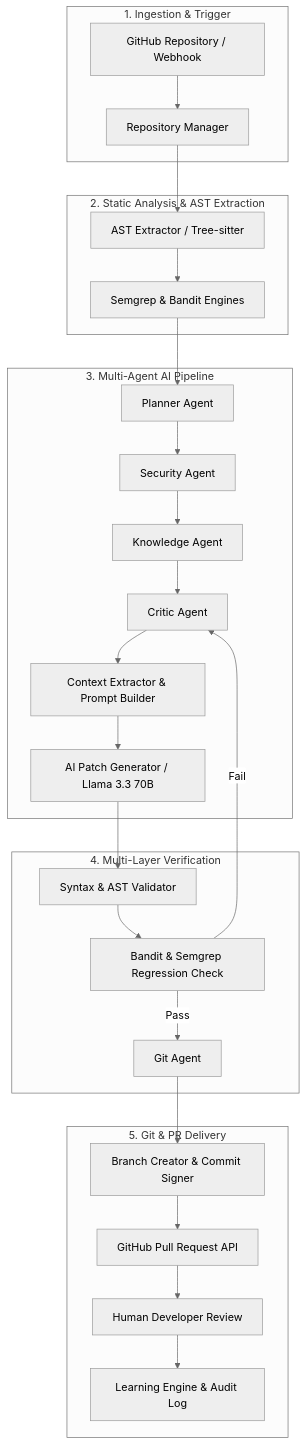
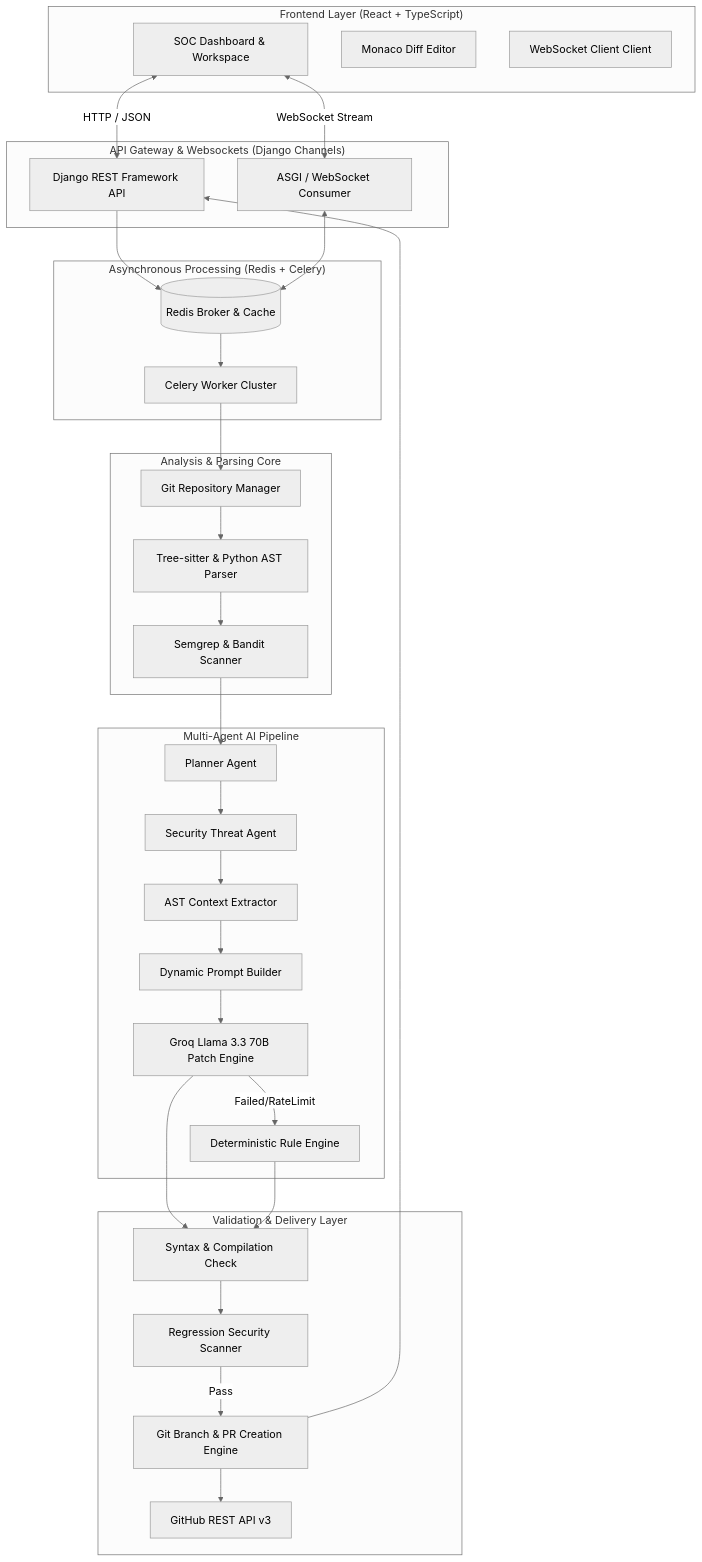
One commit to Pranav1718747/SecureCodeAI changed the diagram in README.md. Above: the diagram before and after it, drawn with Mermaid (neutral theme). The commit also changed other lines of this file, not shown here.

Commit message:
docs: overhaul README with expanded executive summary, updated project architecture, and enhanced feature documentation

````diff
--- a/README.md
+++ b/README.md
@@ -126,34 +120,64 @@
 ```mermaid
 flowchart TD
-    subgraph Ingestion ["1. Ingestion & Trigger"]
-        A[GitHub Repository / Webhook] --> B[Repository Manager]
+    subgraph Client ["Frontend Layer (React + TypeScript)"]
+        UI[SOC Dashboard & Workspace]
+        Monaco[Monaco Diff Editor]
+        WS_Client[WebSocket Client Client]
     end
 
-    subgraph Analysis ["2. Static Analysis & AST Extraction"]
-        B --> C[AST Extractor / Tree-sitter]
-        C --> D[Semgrep & Bandit Engines]
+    subgraph Gateway ["API Gateway & Websockets (Django Channels)"]
+        REST[Django REST Framework API]
+        ASGI[ASGI / WebSocket Consumer]
     end
 
-    subgraph Agents ["3. Multi-Agent AI Pipeline"]
-        D --> E[Planner Agent]
-        E --> F[Security Agent]
-        F --> G[Knowledge Agent]
-        G --> H[Critic Agent]
-        H --> I[Context Extractor & Prompt Builder]
-        I --> J[AI Patch Generator / Llama 3.3 70B]
+    subgraph TaskQueue ["Asynchronous Processing (Redis + Celery)"]
+        Redis[(Redis Broker & Cache)]
+        Celery[Celery Worker Cluster]
     end
 
-    subgraph Validation ["4. Multi-Layer Verification"]
-        J --> K[Syntax & AST Validator]
-        K --> L[Bandit & Semgrep Regression Check]
-        L -->|Pass| M[Git Agent]
-        L -->|Fail| H
+    subgraph Engines ["Analysis & Parsing Core"]
+        RepoMgr[Git Repository Manager]
+        AST[Tree-sitter & Python AST Parser]
+        SAST[Semgrep & Bandit Scanner]
     end
 
-    subgraph Integration ["5. Git & PR Delivery"]
-        M --> N[Branch Creator & Commit Signer]
-        N --> O[GitHub Pull Request API]
-        O --> P[Human Developer Review]
-        P --> Q[Learning Engine & Audit Log]
+    subgraph Agents ["Multi-Agent AI Pipeline"]
+        Planner[Planner Agent]
+        SecAgent[Security Threat Agent]
+        ContextBuilder[AST Context Extractor]
+        PromptEngine[Dynamic Prompt Builder]
+        PatchGen[Groq Llama 3.3 70B Patch Engine]
+        FallbackEngine[Deterministic Rule Engine]
     end
+
+    subgraph Verification ["Validation & Delivery Layer"]
+        SyntaxVal[Syntax & Compilation Check]
+        RegCheck[Regression Security Scanner]
+        GitAgent[Git Branch & PR Creation Engine]
+        GitHubAPI[GitHub REST API v3]
+    end
+
+    UI <-->|HTTP / JSON| REST
+    UI <-->|WebSocket Stream| ASGI
+    REST --> Redis
+    ASGI <--> Redis
+    Redis --> Celery
+
+    Celery --> RepoMgr
+    RepoMgr --> AST
+    AST --> SAST
+    SAST --> Planner
+
+    Planner --> SecAgent
+    SecAgent --> ContextBuilder
+    ContextBuilder --> PromptEngine
+    PromptEngine --> PatchGen
+    PatchGen -- Failed/RateLimit --> FallbackEngine
+
+    PatchGen --> SyntaxVal
+    FallbackEngine --> SyntaxVal
+    SyntaxVal --> RegCheck
+    RegCheck -->|Pass| GitAgent
+    GitAgent --> GitHubAPI
+    GitAgent --> REST
 ```
````
